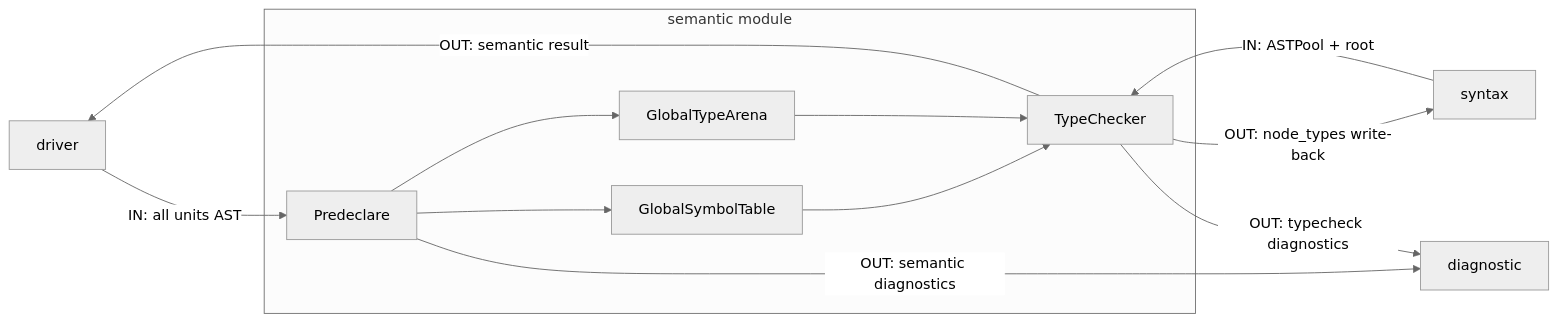
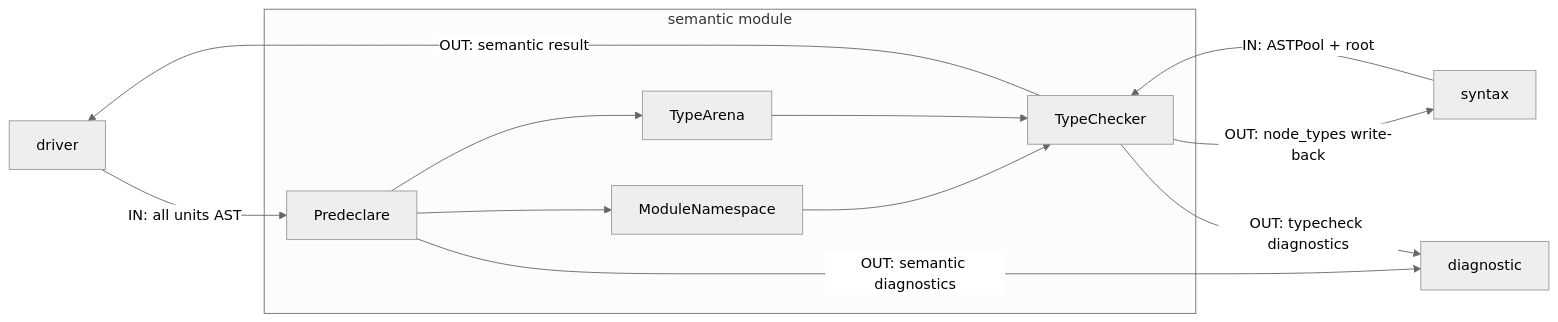
Before and after one commit to nikiplus/niki: the diagram in include/niki/l0_core/semantic/readme.md, drawn with Mermaid (neutral theme). The commit also changed other lines of this file and 69 other files, not shown here.

````diff
--- a/include/niki/l0_core/semantic/readme.md
+++ b/include/niki/l0_core/semantic/readme.md
@@ -16,25 +16,25 @@
 ```mermaid
 graph LR
     MOD_DRIVER[driver]
     MOD_SYNTAX[syntax]
     MOD_DIAG[diagnostic]
 
     subgraph SMM[semantic module]
         STAGE_PREDECLARE[Predeclare]
         STAGE_TYPECHECK[TypeChecker]
-        OUT_GST[GlobalSymbolTable]
-        OUT_GTA[GlobalTypeArena]
-        STAGE_PREDECLARE --> OUT_GST
+        OUT_MN[ModuleNamespace]
+        OUT_GTA[TypeArena]
+        STAGE_PREDECLARE --> OUT_MN
         STAGE_PREDECLARE --> OUT_GTA
-        OUT_GST --> STAGE_TYPECHECK
+        OUT_MN --> STAGE_TYPECHECK
         OUT_GTA --> STAGE_TYPECHECK
     end
 
     MOD_DRIVER -->|IN: all units AST| STAGE_PREDECLARE
     MOD_SYNTAX -->|IN: ASTPool + root| STAGE_TYPECHECK
     STAGE_TYPECHECK -->|OUT: node_types write-back| MOD_SYNTAX
     STAGE_TYPECHECK -->|OUT: semantic result| MOD_DRIVER
 
     STAGE_PREDECLARE -->|OUT: semantic diagnostics| MOD_DIAG
     STAGE_TYPECHECK -->|OUT: typecheck diagnostics| MOD_DIAG
 ```
````
